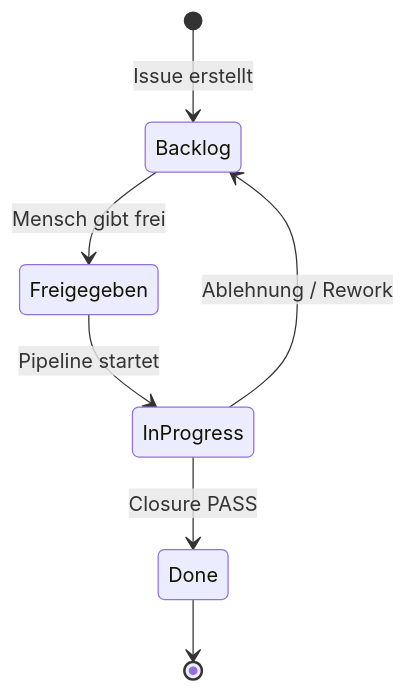
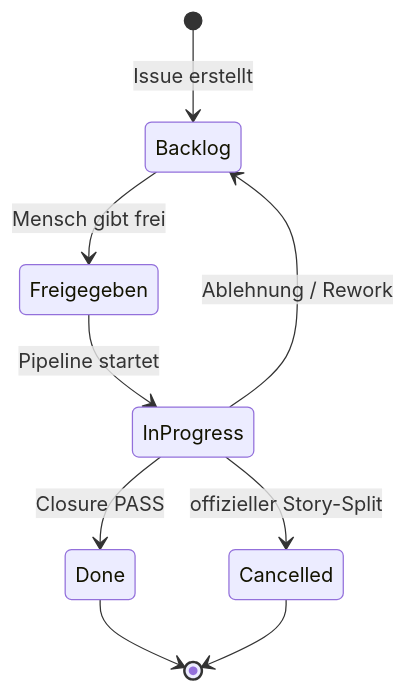
Before and after one commit to saltenhof/claude-agentkit3: the first of 6 diagrams in concept/technical-design/02_domaenenmodell_zustaende_artefakte.md, drawn with Mermaid. The commit also changed other lines of this file and 18 other files, not shown here.

````diff
--- a/concept/technical-design/02_domaenenmodell_zustaende_artefakte.md
+++ b/concept/technical-design/02_domaenenmodell_zustaende_artefakte.md
@@ -59,9 +59,11 @@
 ```mermaid
 stateDiagram-v2
     [*] --> Backlog : Issue erstellt
     Backlog --> Freigegeben : Mensch gibt frei
     Freigegeben --> InProgress : Pipeline startet
     InProgress --> Done : Closure PASS
+    InProgress --> Cancelled : offizieller Story-Split
     InProgress --> Backlog : Ablehnung / Rework
     Done --> [*]
+    Cancelled --> [*]
 ```
````
